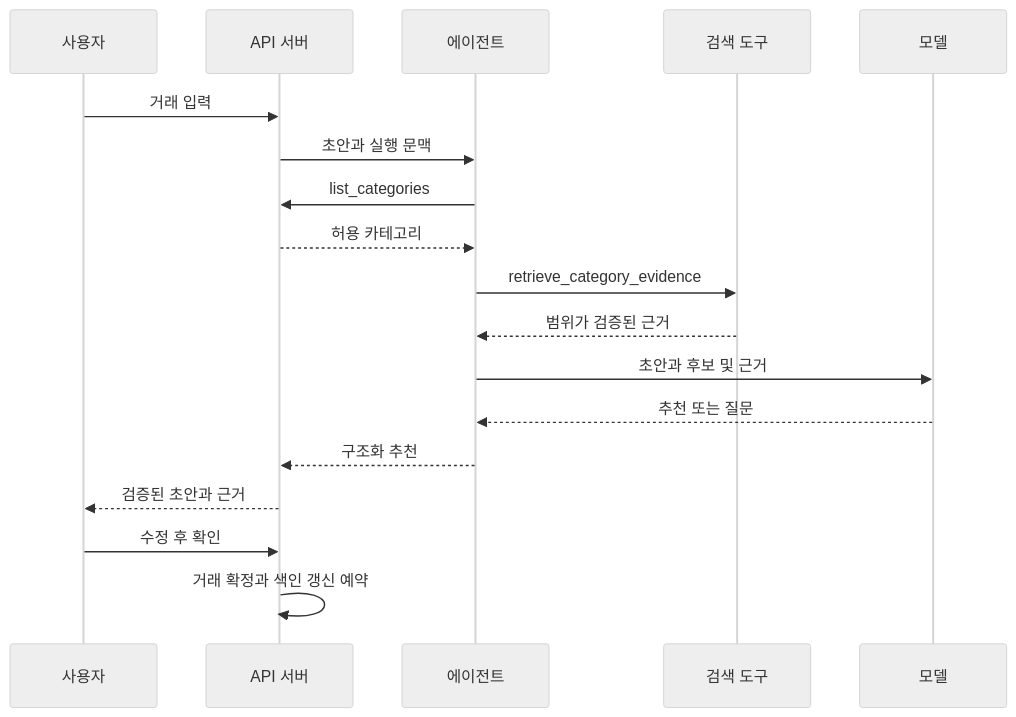
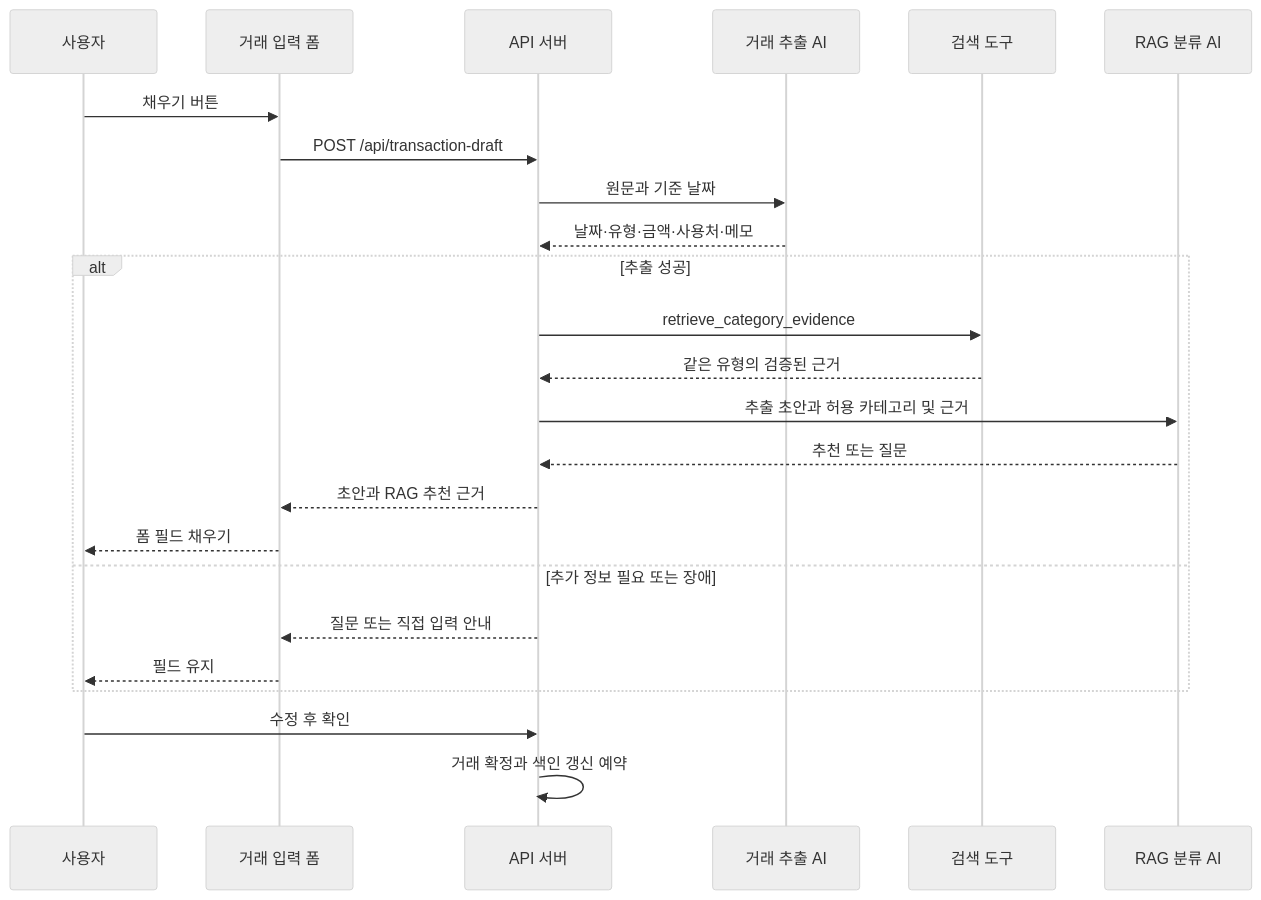
The diagram in docs/ai/category-rag.md (hyeon81/account_book), drawn with Mermaid (neutral theme) before and after one commit. The commit also changed other lines of this file and 31 other files, not shown here.

````diff
--- a/docs/ai/category-rag.md
+++ b/docs/ai/category-rag.md
@@ -29,20 +29,26 @@
 ```mermaid
 sequenceDiagram
     participant U as 사용자
+    participant UI as 거래 입력 폼
     participant S as API 서버
-    participant A as 에이전트
+    participant X as 거래 추출 AI
     participant R as 검색 도구
-    participant M as 모델
-    U->>S: 거래 입력
-    S->>A: 초안과 실행 문맥
-    A->>S: list_categories
-    S-->>A: 허용 카테고리
-    A->>R: retrieve_category_evidence
-    R-->>A: 범위가 검증된 근거
-    A->>M: 초안과 후보 및 근거
-    M-->>A: 추천 또는 질문
-    A-->>S: 구조화 추천
-    S-->>U: 검증된 초안과 근거
+    participant C as RAG 분류 AI
+    U->>UI: 채우기 버튼
+    UI->>S: POST /api/transaction-draft
+    S->>X: 원문과 기준 날짜
+    X-->>S: 날짜·유형·금액·사용처·메모
+    alt 추출 성공
+        S->>R: retrieve_category_evidence
+        R-->>S: 같은 유형의 검증된 근거
+        S->>C: 추출 초안과 허용 카테고리 및 근거
+        C-->>S: 추천 또는 질문
+        S-->>UI: 초안과 RAG 추천 근거
+        UI-->>U: 폼 필드 채우기
+    else 추가 정보 필요 또는 장애
+        S-->>UI: 질문 또는 직접 입력 안내
+        UI-->>U: 필드 유지
+    end
     U->>S: 수정 후 확인
     S->>S: 거래 확정과 색인 갱신 예약
 ```
````
